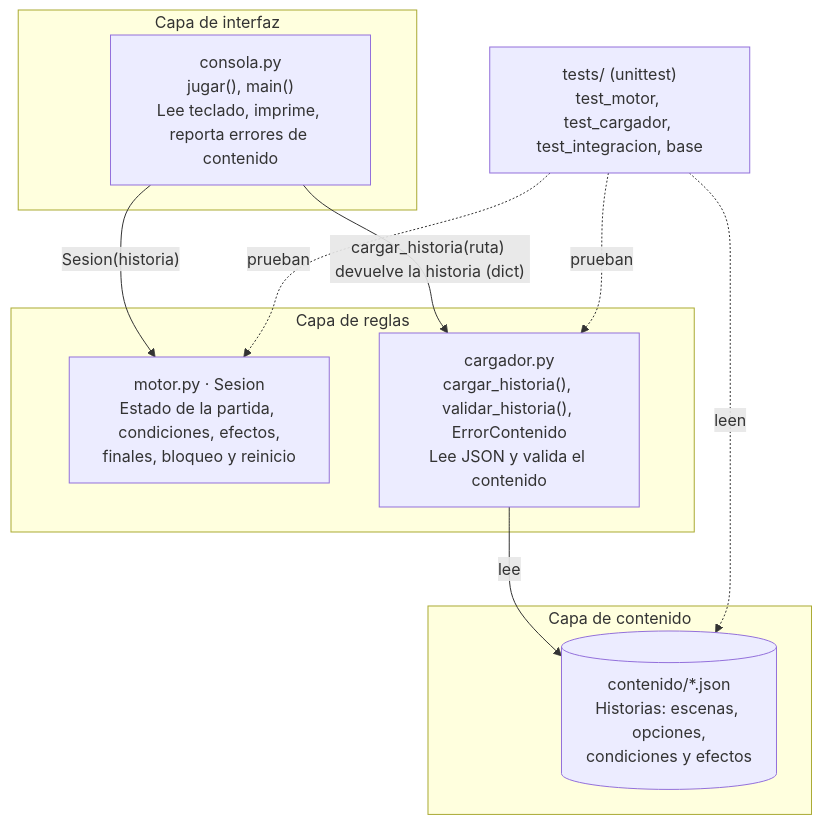
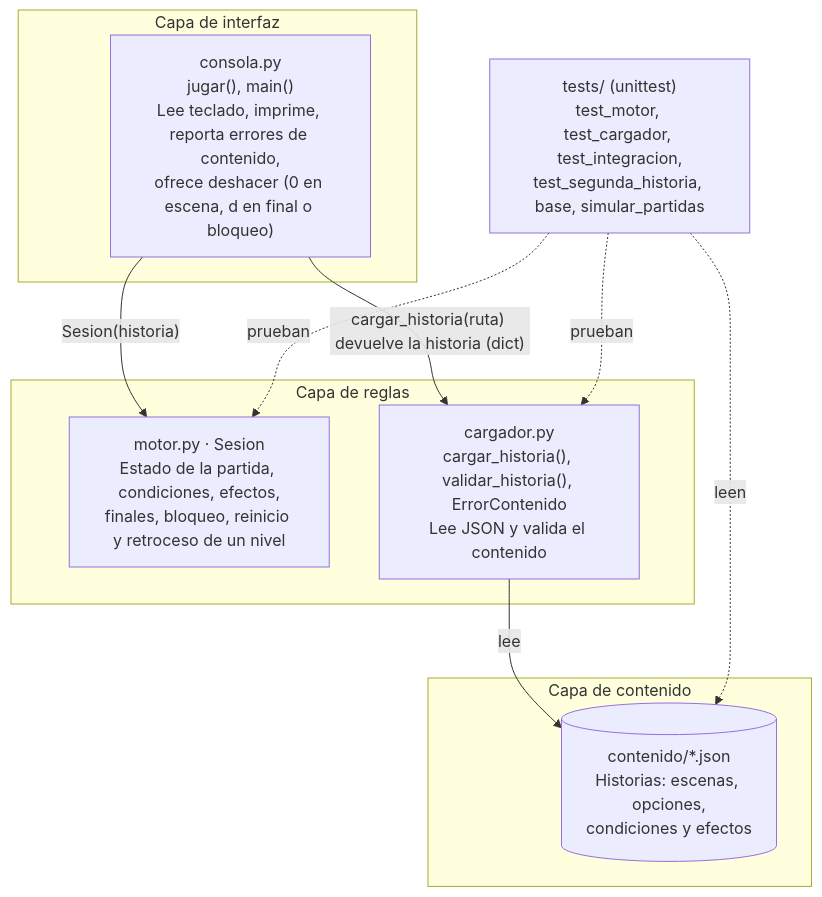
The diagram in docs/modelos/06_componentes.mmd (KevinUtb/Parcial_2_Ing), drawn with Mermaid before and after one commit. The commit also changed 7 other files, not shown here.

```diff
--- a/docs/modelos/06_componentes.mmd
+++ b/docs/modelos/06_componentes.mmd
@@ -1,22 +1,24 @@
 %% Componentes y capas (Unidad 6). Dependencias reales por import:
 %%   consola.py importa cargador y motor; motor.py no importa nada; tests importan cargador y motor.
 %% El motor y el cargador no conocen la consola; el motor no conoce el formato JSON ni la validación.
+%% SC01 (deshacer): sin cambio estructural. Mismos componentes y mismas dependencias.
+%% Cambia la responsabilidad de motor.py (retroceso de un nivel) y de consola.py (ofrecer deshacer).
 flowchart TB
     subgraph Interfaz["Capa de interfaz"]
-        Consola["consola.py<br/>jugar(), main()<br/>Lee teclado, imprime, reporta errores de contenido"]
+        Consola["consola.py<br/>jugar(), main()<br/>Lee teclado, imprime, reporta errores de contenido,<br/>ofrece deshacer (0 en escena, d en final o bloqueo)"]
     end
     subgraph Reglas["Capa de reglas"]
-        Motor["motor.py · Sesion<br/>Estado de la partida, condiciones, efectos,<br/>finales, bloqueo y reinicio"]
+        Motor["motor.py · Sesion<br/>Estado de la partida, condiciones, efectos,<br/>finales, bloqueo, reinicio y retroceso de un nivel"]
         Cargador["cargador.py<br/>cargar_historia(), validar_historia(), ErrorContenido<br/>Lee JSON y valida el contenido"]
     end
     subgraph Contenido["Capa de contenido"]
         JSON[("contenido/*.json<br/>Historias: escenas, opciones,<br/>condiciones y efectos")]
     end
-    Pruebas["tests/ (unittest)<br/>test_motor, test_cargador, test_integracion, base"]
+    Pruebas["tests/ (unittest)<br/>test_motor, test_cargador, test_integracion,<br/>test_segunda_historia, base, simular_partidas"]
 
     Consola -- "cargar_historia(ruta) devuelve la historia (dict)" --> Cargador
     Consola -- "Sesion(historia)" --> Motor
     Cargador -- "lee" --> JSON
     Pruebas -. "prueban" .-> Motor
     Pruebas -. "prueban" .-> Cargador
     Pruebas -. "leen" .-> JSON
```
